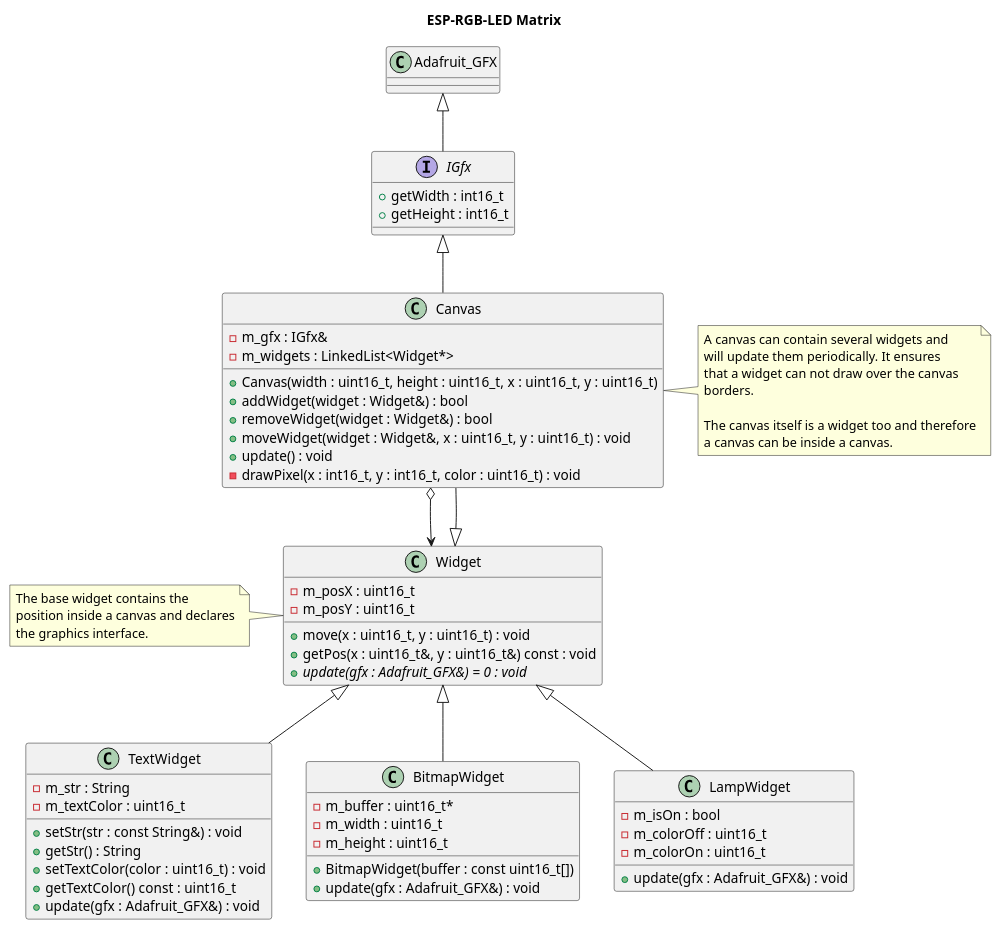
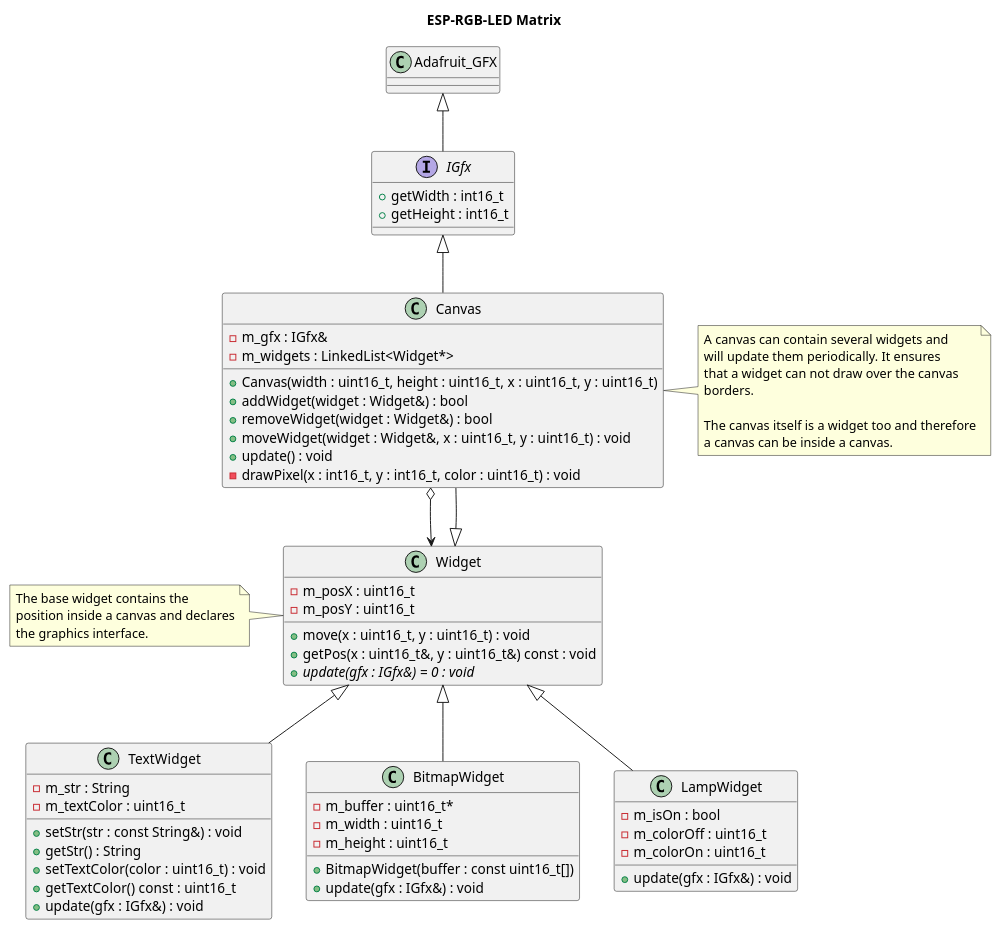
One commit to BlueAndi/Pixelix changed the diagram in doc/design/widgets.plantuml. Above: the diagram before and after it, drawn with PlantUML. The commit also changed 3 other files, not shown here.

Commit message:
Every widget shall use the IGfx interface, instead of Adafruit_GFX.

```diff
--- a/doc/design/widgets.plantuml
+++ b/doc/design/widgets.plantuml
@@ -1,85 +1,85 @@
 @startuml
 
 title ESP-RGB-LED Matrix
 
 class Adafruit_GFX
 
 interface IGfx {
 
     + getWidth : int16_t
     + getHeight : int16_t
 }
 
 Adafruit_GFX <|-- IGfx
 
 class Canvas {
     - m_gfx : IGfx&
     - m_widgets : LinkedList<Widget*>
     + Canvas(width : uint16_t, height : uint16_t, x : uint16_t, y : uint16_t)
     + addWidget(widget : Widget&) : bool
     + removeWidget(widget : Widget&) : bool
     + moveWidget(widget : Widget&, x : uint16_t, y : uint16_t) : void
     + update() : void
     - drawPixel(x : int16_t, y : int16_t, color : uint16_t) : void
 }
 
 IGfx <|-- Canvas
 Widget <|-- Canvas
 Canvas o--> Widget
 
 note right of Canvas
     A canvas can contain several widgets and
     will update them periodically. It ensures
     that a widget can not draw over the canvas
     borders.
 
     The canvas itself is a widget too and therefore
     a canvas can be inside a canvas.
 end note
 
 class Widget {
     - m_posX : uint16_t
     - m_posY : uint16_t
     + move(x : uint16_t, y : uint16_t) : void
     + getPos(x : uint16_t&, y : uint16_t&) const : void
-    + {abstract} update(gfx : Adafruit_GFX&) = 0 : void
+    + {abstract} update(gfx : IGfx&) = 0 : void
 }
 
 note left of Widget
     The base widget contains the
     position inside a canvas and declares
     the graphics interface.
 end note
 
 class TextWidget {
     - m_str : String
     - m_textColor : uint16_t
     + setStr(str : const String&) : void
     + getStr() : String
     + setTextColor(color : uint16_t) : void
     + getTextColor() const : uint16_t
-    + update(gfx : Adafruit_GFX&) : void
+    + update(gfx : IGfx&) : void
 }
 
 Widget <|-- TextWidget
 
 class BitmapWidget {
     - m_buffer : uint16_t*
     - m_width : uint16_t
     - m_height : uint16_t
     + BitmapWidget(buffer : const uint16_t[])
-    + update(gfx : Adafruit_GFX&) : void
+    + update(gfx : IGfx&) : void
 }
 
 Widget <|-- BitmapWidget
 
 class LampWidget {
     - m_isOn : bool
     - m_colorOff : uint16_t
     - m_colorOn : uint16_t
-    + update(gfx : Adafruit_GFX&) : void
+    + update(gfx : IGfx&) : void
 }
 
 Widget <|-- LampWidget
 
 @enduml
```
